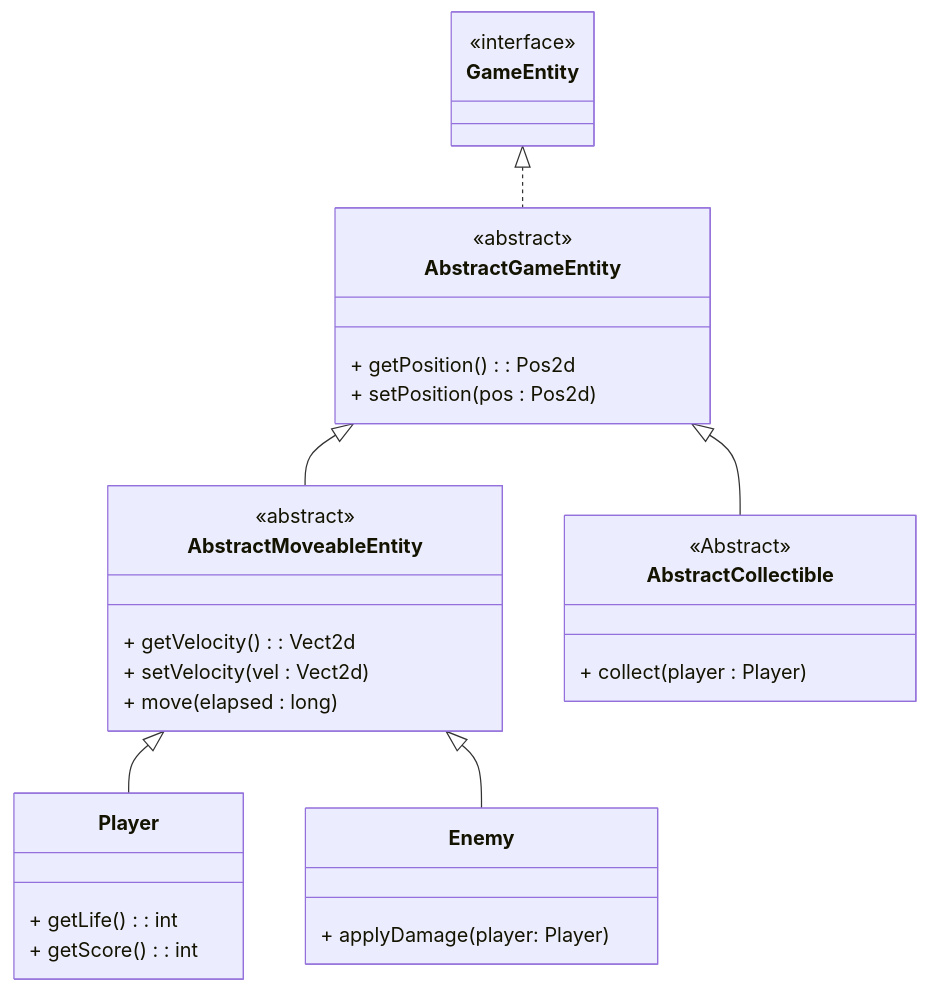
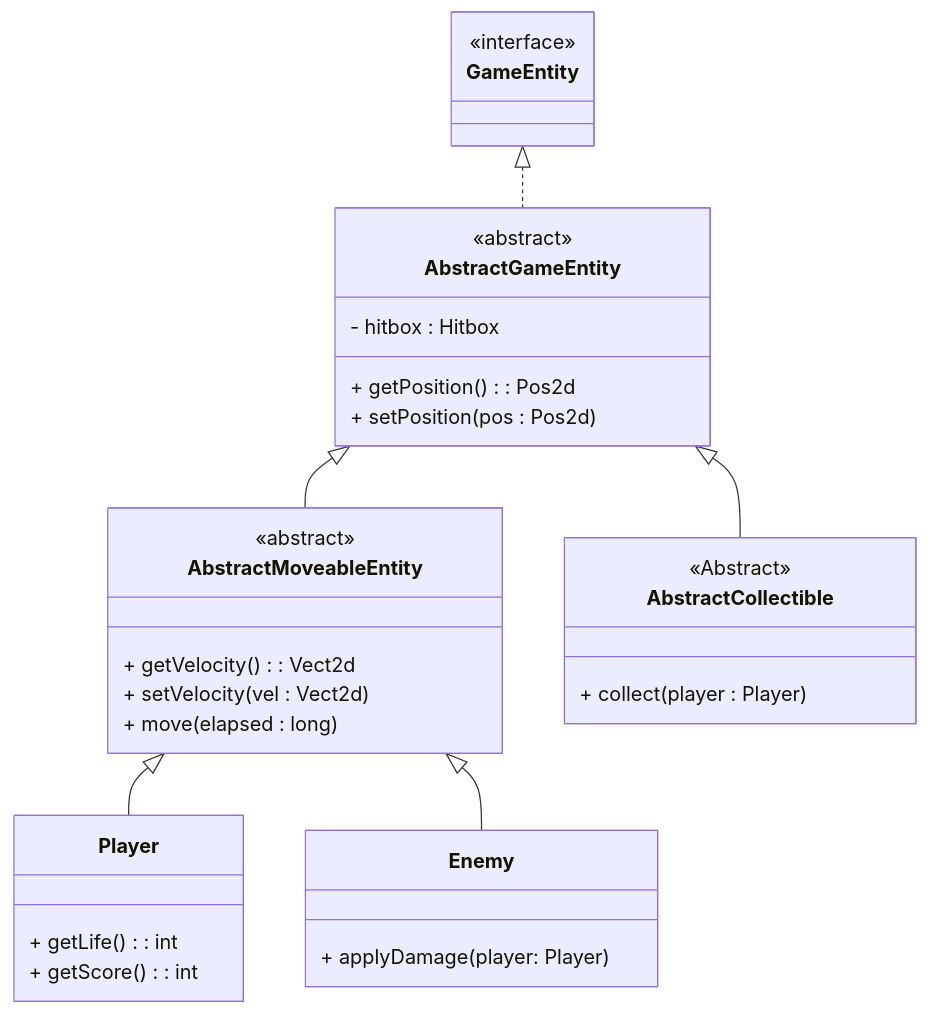
Before and after one commit to unibo-oop-projects/OOP23-FilippoMassariFilippoMassari6studio-MatteoBagnolini-FilippoMassari-SaadElMaliki-Matteo-SUPSON: the first of 8 diagrams in report.md, drawn with Mermaid. The commit also changed other lines of this file, not shown here.

````diff
--- a/report.md
+++ b/report.md
@@ -33,39 +33,40 @@
 ```mermaid
 classDiagram
     class AbstractGameEntity {
         <<abstract>>
+        - hitbox : Hitbox
         + getPosition() : Pos2d
         + setPosition(pos : Pos2d)
     }
     
     class AbstractMoveableEntity {
         <<abstract>>
         + getVelocity() : Vect2d
         + setVelocity(vel : Vect2d)
         + move(elapsed : long)
     }
 
     class Player {
         + getLife() : int
         + getScore() : int
     }
 
     class GameEntity {
         <<interface>>
     }
 
     class AbstractCollectible {
         <<Abstract>>
         + collect(player : Player)
     }
 
     class Enemy {
         + applyDamage(player: Player)
     }
 
     GameEntity <|.. AbstractGameEntity
     AbstractGameEntity <|-- AbstractMoveableEntity
     AbstractGameEntity <|-- AbstractCollectible
     AbstractMoveableEntity <|-- Player
     AbstractMoveableEntity <|-- Enemy
 ```
````
